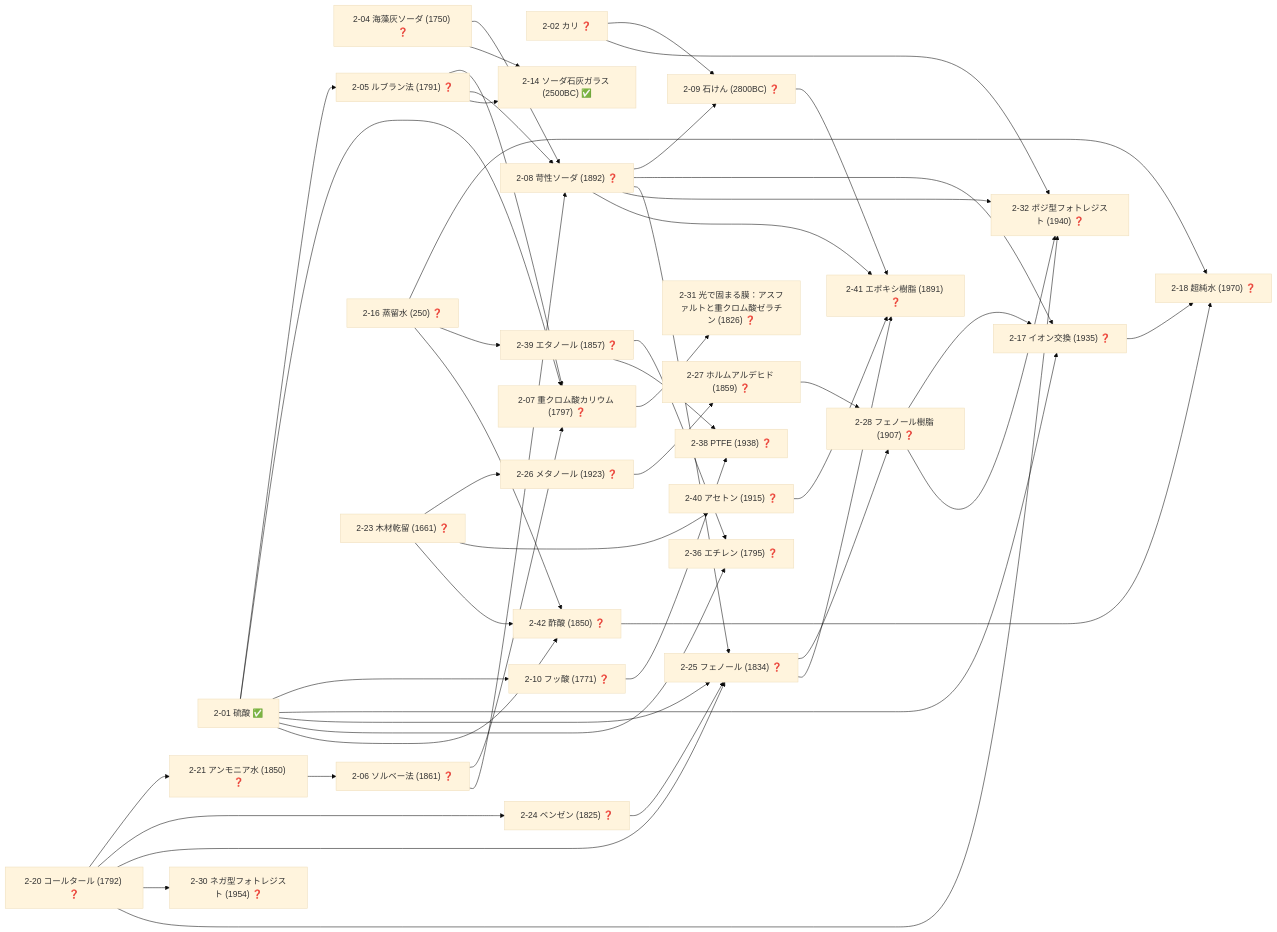
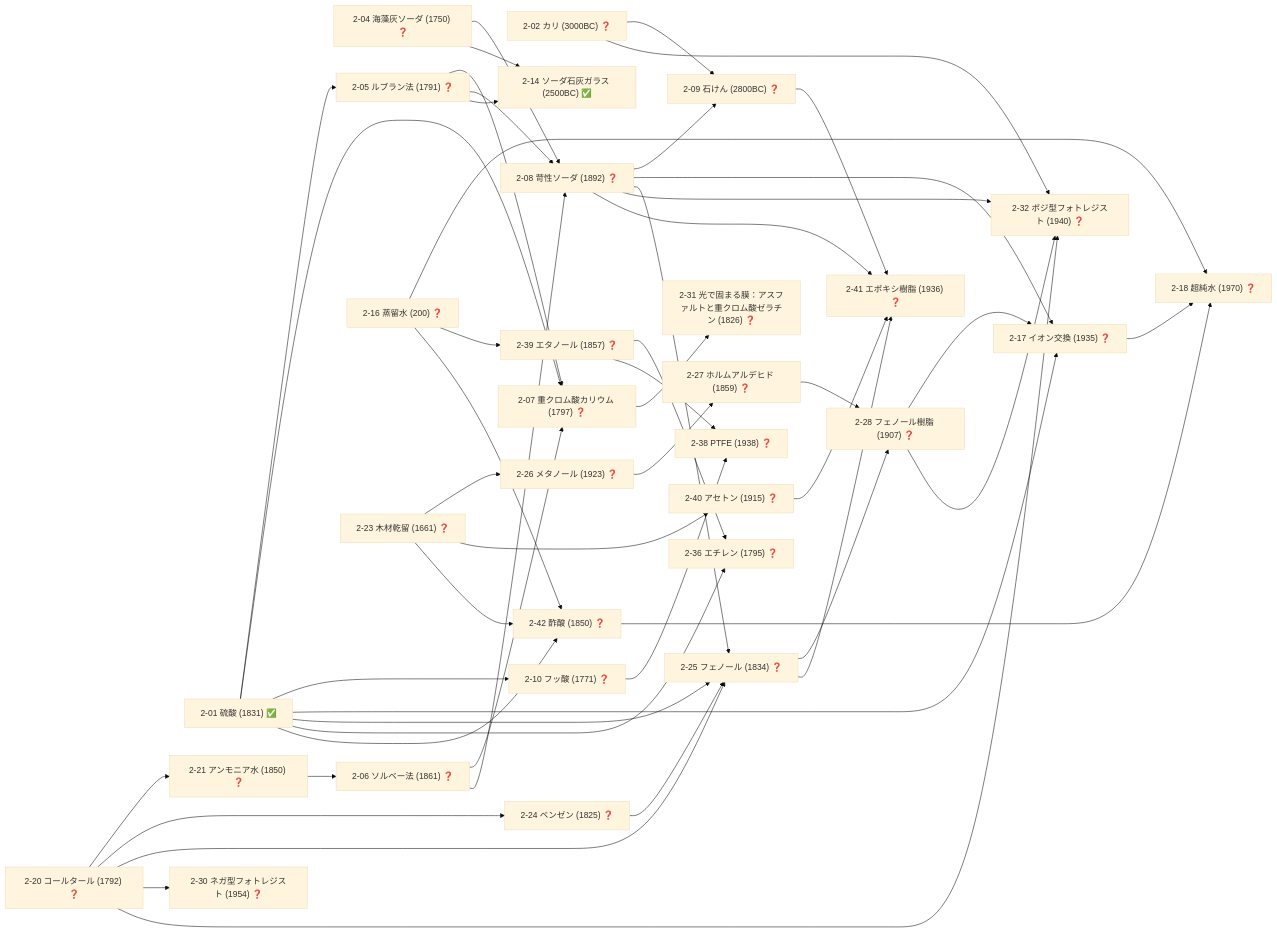
One commit to taku3i0317-collab/semiconductor-lab changed the fifth of 19 diagrams in docs/TECH_TREE_VIEW.md. Above: the diagram before and after it, drawn with Mermaid (base theme). The commit also changed other lines of this file and 7 other files, not shown here.

````diff
--- a/docs/TECH_TREE_VIEW.md
+++ b/docs/TECH_TREE_VIEW.md
@@ -234,81 +234,81 @@
 ```mermaid
 graph LR
-  n2_01["2-01 硫酸 ✅"]
-  n2_02["2-02 カリ ❓"]
+  n2_01["2-01 硫酸 (1831) ✅"]
+  n2_02["2-02 カリ (3000BC) ❓"]
   n2_04["2-04 海藻灰ソーダ (1750) ❓"]
   n2_05["2-05 ルブラン法 (1791) ❓"]
   n2_06["2-06 ソルベー法 (1861) ❓"]
   n2_07["2-07 重クロム酸カリウム (1797) ❓"]
   n2_08["2-08 苛性ソーダ (1892) ❓"]
   n2_09["2-09 石けん (2800BC) ❓"]
   n2_10["2-10 フッ酸 (1771) ❓"]
   n2_14["2-14 ソーダ石灰ガラス (2500BC) ✅"]
-  n2_16["2-16 蒸留水 (250) ❓"]
+  n2_16["2-16 蒸留水 (200) ❓"]
   n2_17["2-17 イオン交換 (1935) ❓"]
   n2_18["2-18 超純水 (1970) ❓"]
   n2_20["2-20 コールタール (1792) ❓"]
   n2_21["2-21 アンモニア水 (1850) ❓"]
   n2_23["2-23 木材乾留 (1661) ❓"]
   n2_24["2-24 ベンゼン (1825) ❓"]
   n2_25["2-25 フェノール (1834) ❓"]
   n2_26["2-26 メタノール (1923) ❓"]
   n2_27["2-27 ホルムアルデヒド (1859) ❓"]
   n2_28["2-28 フェノール樹脂 (1907) ❓"]
   n2_30["2-30 ネガ型フォトレジスト (1954) ❓"]
   n2_31["2-31 光で固まる膜：アスファルトと重クロム酸ゼラチン (1826) ❓"]
   n2_32["2-32 ポジ型フォトレジスト (1940) ❓"]
   n2_36["2-36 エチレン (1795) ❓"]
   n2_38["2-38 PTFE (1938) ❓"]
   n2_39["2-39 エタノール (1857) ❓"]
   n2_40["2-40 アセトン (1915) ❓"]
-  n2_41["2-41 エポキシ樹脂 (1891) ❓"]
+  n2_41["2-41 エポキシ樹脂 (1936) ❓"]
   n2_42["2-42 酢酸 (1850) ❓"]
   n2_01-->n2_05
   n2_21-->n2_06
   n2_01-->n2_07
   n2_05-->n2_07
   n2_06-->n2_07
   n2_04-->n2_08
   n2_05-->n2_08
   n2_06-->n2_08
   n2_02-->n2_09
   n2_08-->n2_09
   n2_01-->n2_10
   n2_04-->n2_14
   n2_05-->n2_14
   n2_01-->n2_17
   n2_08-->n2_17
   n2_28-->n2_17
   n2_16-->n2_18
   n2_17-->n2_18
   n2_42-->n2_18
   n2_20-->n2_21
   n2_20-->n2_24
   n2_01-->n2_25
   n2_08-->n2_25
   n2_20-->n2_25
   n2_24-->n2_25
   n2_23-->n2_26
   n2_26-->n2_27
   n2_25-->n2_28
   n2_27-->n2_28
   n2_20-->n2_30
   n2_07-->n2_31
   n2_02-->n2_32
   n2_08-->n2_32
   n2_20-->n2_32
   n2_28-->n2_32
   n2_01-->n2_36
   n2_39-->n2_36
   n2_10-->n2_38
   n2_39-->n2_38
   n2_16-->n2_39
   n2_23-->n2_40
   n2_08-->n2_41
   n2_09-->n2_41
   n2_25-->n2_41
   n2_40-->n2_41
   n2_01-->n2_42
   n2_16-->n2_42
   n2_23-->n2_42
 ```
````
